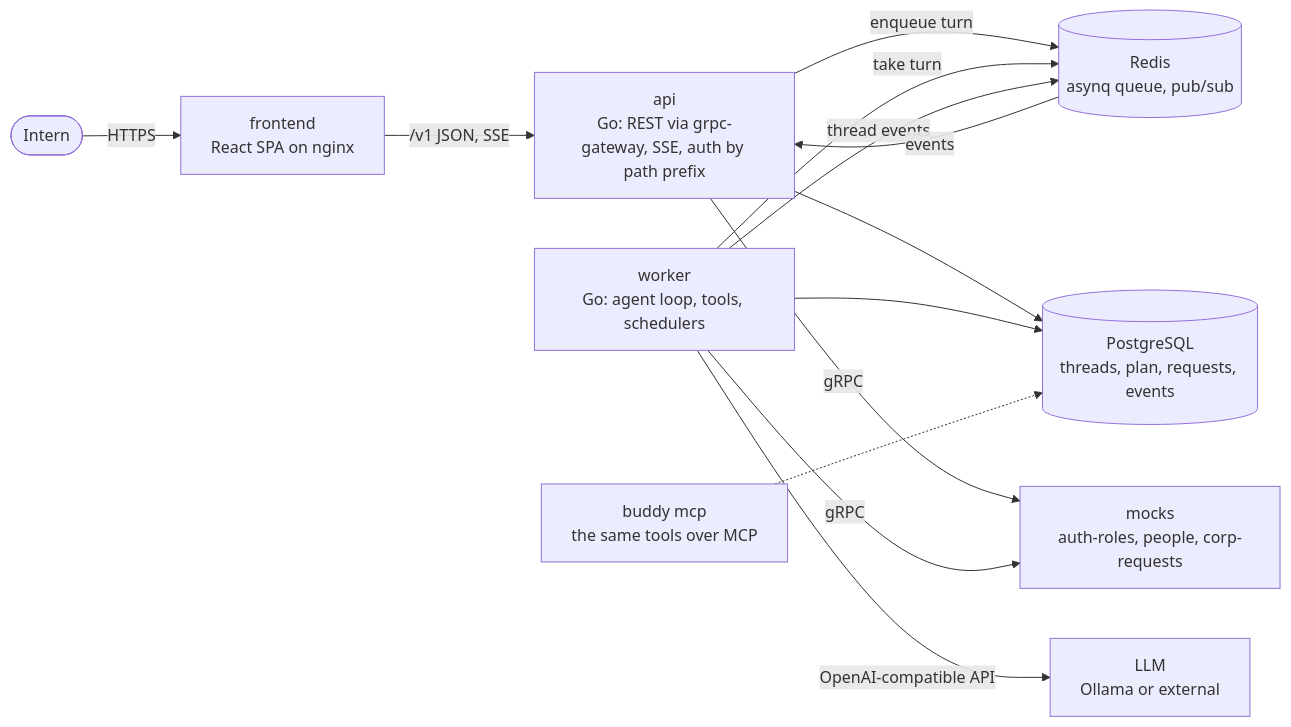
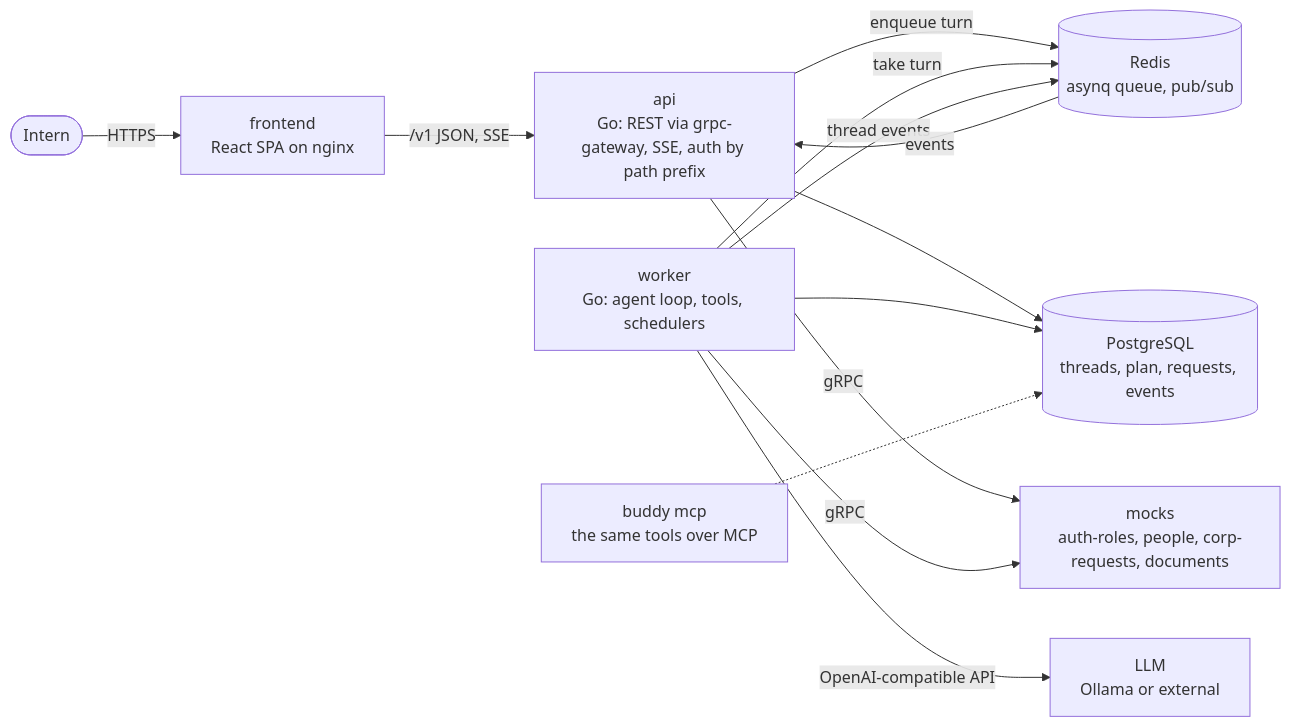
Before and after one commit to Long-Honey-Road/mon-europeenne: the first of 2 diagrams in README.md, drawn with Mermaid. The commit also changed other lines of this file, not shown here.

````diff
--- a/README.md
+++ b/README.md
@@ -78,15 +78,15 @@
 ```mermaid
 flowchart LR
   intern([Intern]) -->|HTTPS| web["frontend<br/>React SPA on nginx"]
   web -->|"/v1 JSON, SSE"| api["api<br/>Go: REST via grpc-gateway, SSE, auth by path prefix"]
   api -->|enqueue turn| redis[("Redis<br/>asynq queue, pub/sub")]
   worker["worker<br/>Go: agent loop, tools, schedulers"] -->|take turn| redis
   worker -->|thread events| redis
   redis -->|events| api
   api --> pg[("PostgreSQL<br/>threads, plan, requests, events")]
   worker --> pg
   worker -->|OpenAI-compatible API| llm["LLM<br/>Ollama or external"]
-  api -->|gRPC| mocks["mocks<br/>auth-roles, people, corp-requests"]
+  api -->|gRPC| mocks["mocks<br/>auth-roles, people, corp-requests, documents"]
   worker -->|gRPC| mocks
   mcp["buddy mcp<br/>the same tools over MCP"] -.-> pg
 ```
````
